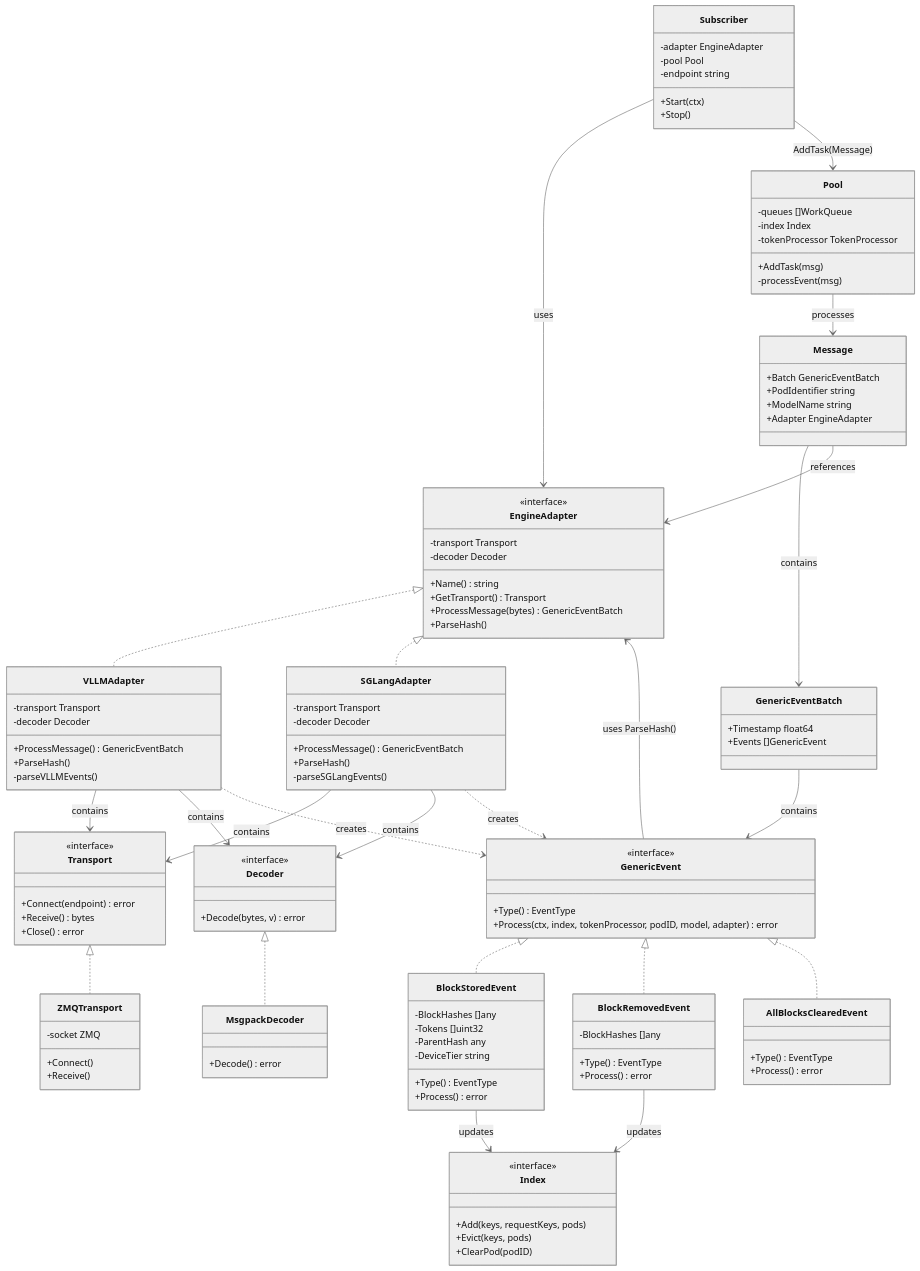
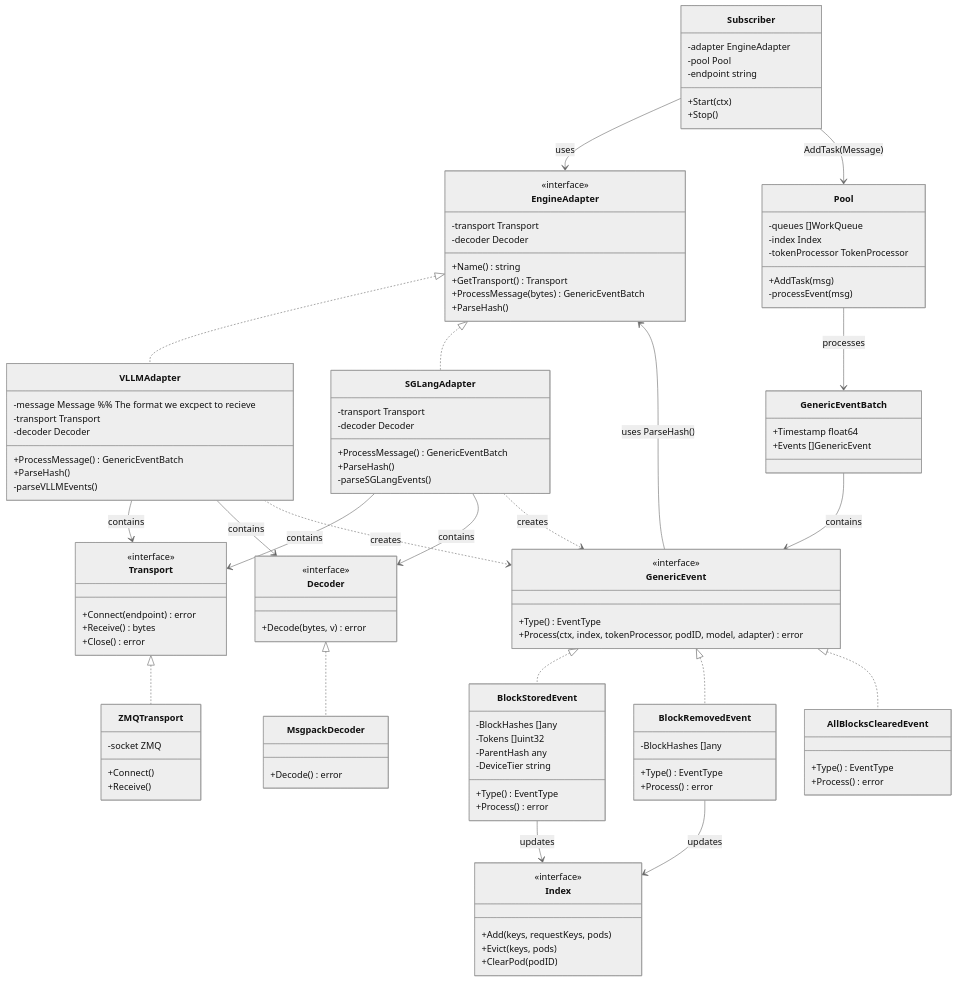
The fifth of 6 diagrams in pkg/kvevents/kv-abstraction-design.md (NaomiEisen/llm-d-kv-cache), drawn with Mermaid (neutral theme) before and after one commit. The commit also changed other lines of this file, not shown here.

Commit message:
Refactor Message class

```diff
--- a/pkg/kvevents/kv-abstraction-design.md
+++ b/pkg/kvevents/kv-abstraction-design.md
@@ -339,6 +339,7 @@
     }
     
     class VLLMAdapter {
+        -message Message %% The format we excpect to recieve
         -transport Transport
         -decoder Decoder
         +ProcessMessage() GenericEventBatch
@@ -393,13 +394,6 @@
         +Stop()
     }
     
-    class Message {
-        +Batch GenericEventBatch
-        +PodIdentifier string
-        +ModelName string
-        +Adapter EngineAdapter
-    }
-    
     class Pool {
         -queues []WorkQueue
         -index Index
@@ -440,11 +434,8 @@
     VLLMAdapter ..> GenericEvent : creates
     
     SGLangAdapter ..> GenericEvent : creates
-
-    Message --> GenericEventBatch : contains
-    Message --> EngineAdapter : references
     
-    Pool --> Message : processes
+    Pool --> GenericEventBatch : processes
     
     BlockStoredEvent --> Index : updates
     BlockRemovedEvent --> Index : updates
```
